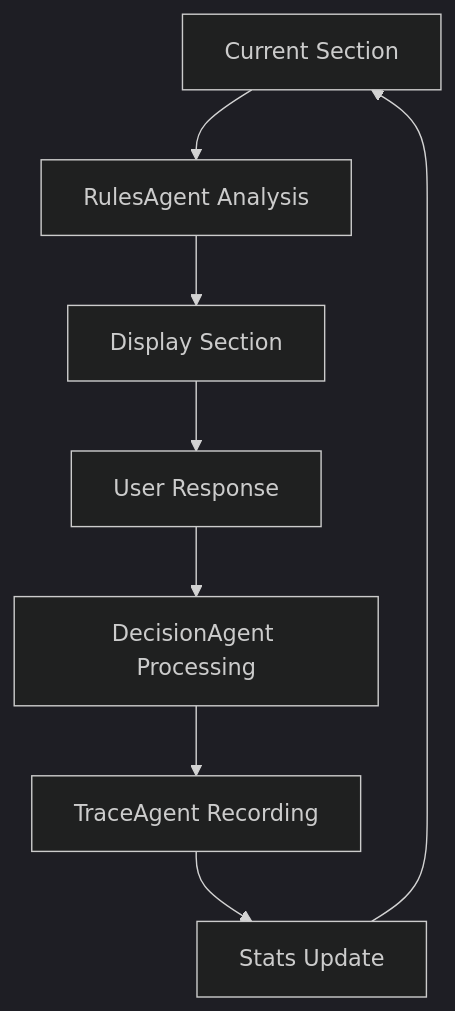
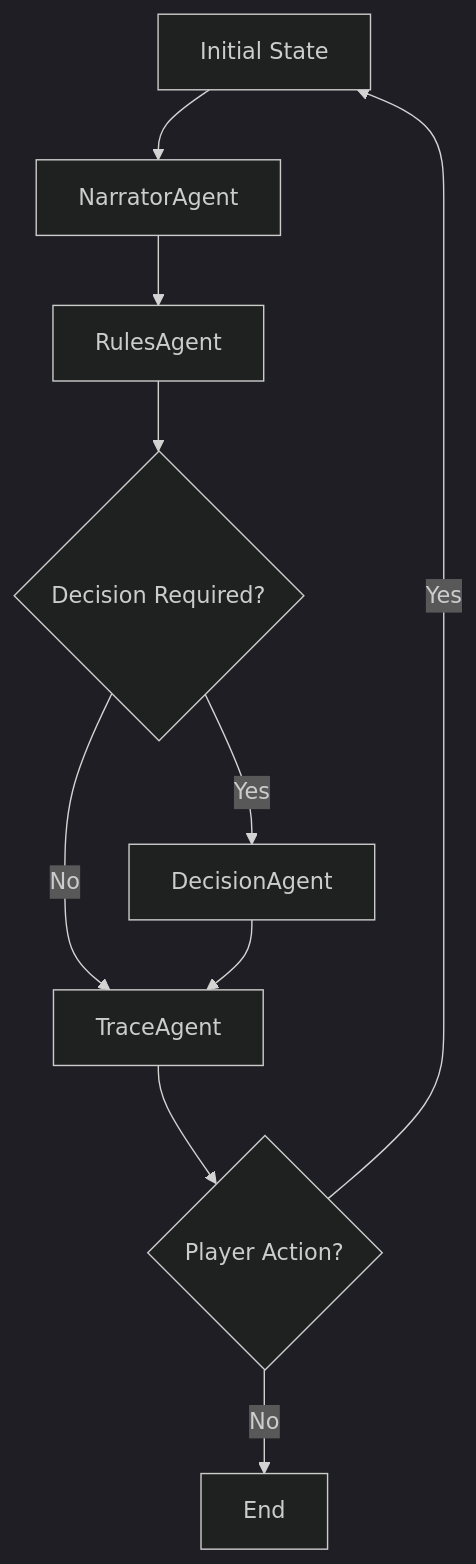
The diagram in README.md (Casys-AI/casys-rpg), drawn with Mermaid (dark theme) before and after one commit. The commit also changed other lines of this file and 4 other files, not shown here.

````diff
--- a/README.md
+++ b/README.md
@@ -124,10 +100,12 @@
 ```mermaid
 graph TD
-    A[Current Section] --> B[RulesAgent Analysis]
-    B --> C[Display Section]
-    C --> D[User Response]
-    D --> E[DecisionAgent Processing]
-    E --> F[TraceAgent Recording]
-    F --> G[Stats Update]
-    G --> A
+    A[Initial State] --> B[NarratorAgent]
+    B --> C[RulesAgent]
+    C --> D{Decision Required?}
+    D -->|Yes| E[DecisionAgent]
+    D -->|No| F[TraceAgent]
+    E --> F
+    F --> G{Player Action?}
+    G -->|Yes| A
+    G -->|No| H[End]
 ```
````
